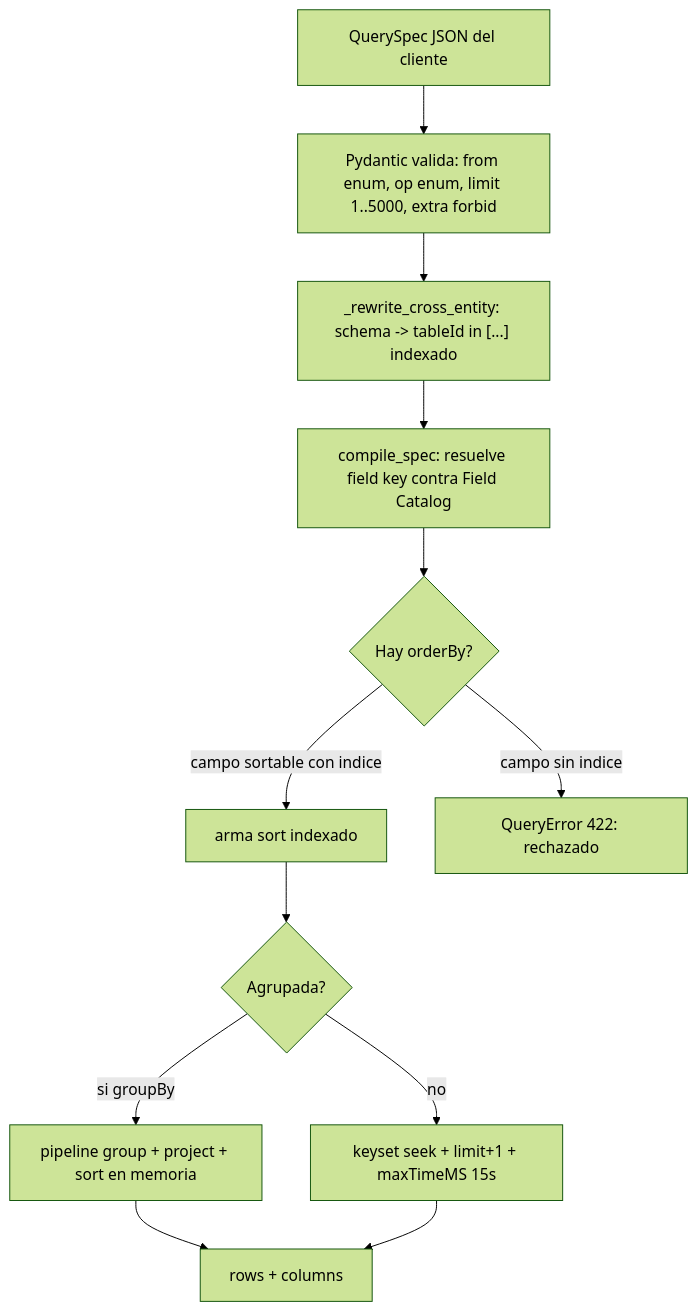
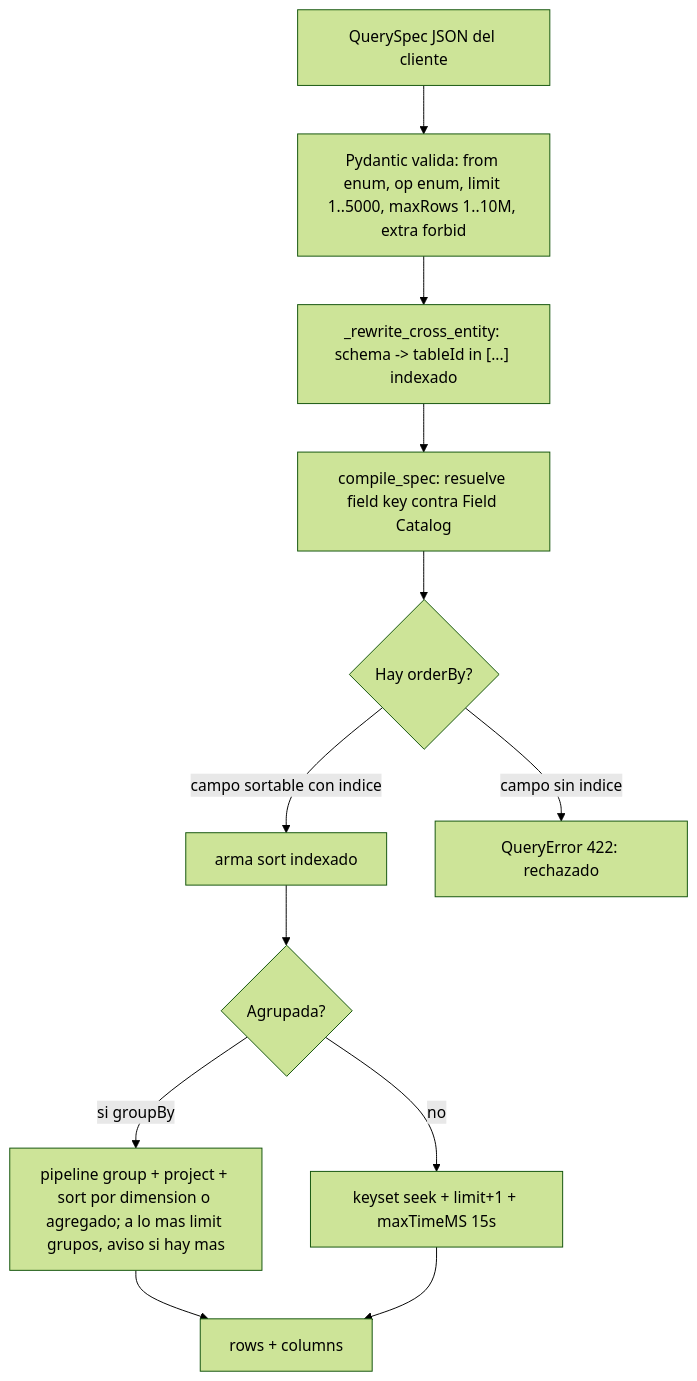
One commit to Carlosmps97/backend-data-model-hub changed the first of 4 diagrams in doc/consideraciones-y-limites.md. Above: the diagram before and after it, drawn with Mermaid (forest theme). The commit also changed other lines of this file and 169 other files, not shown here.

````diff
--- a/doc/consideraciones-y-limites.md
+++ b/doc/consideraciones-y-limites.md
@@ -197,14 +225,14 @@
 ```mermaid
 flowchart TD
-    A["QuerySpec JSON del cliente"] --> B["Pydantic valida: from enum, op enum, limit 1..5000, extra forbid"]
+    A["QuerySpec JSON del cliente"] --> B["Pydantic valida: from enum, op enum, limit 1..5000, maxRows 1..10M, extra forbid"]
     B --> C["_rewrite_cross_entity: schema -> tableId in [...] indexado"]
     C --> D["compile_spec: resuelve field key contra Field Catalog"]
     D --> E{"Hay orderBy?"}
     E -->|campo sortable con indice| F["arma sort indexado"]
     E -->|campo sin indice| G["QueryError 422: rechazado"]
     F --> H{"Agrupada?"}
-    H -->|si groupBy| I["pipeline group + project + sort en memoria"]
+    H -->|si groupBy| I["pipeline group + project + sort por dimension o agregado; a lo mas limit grupos, aviso si hay mas"]
     H -->|no| J["keyset seek + limit+1 + maxTimeMS 15s"]
     I --> K["rows + columns"]
     J --> K
 ```
````
